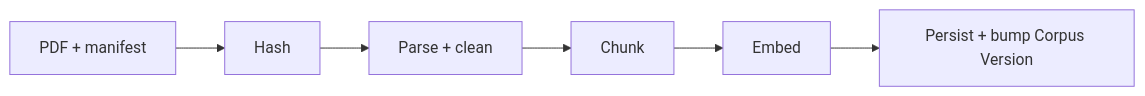
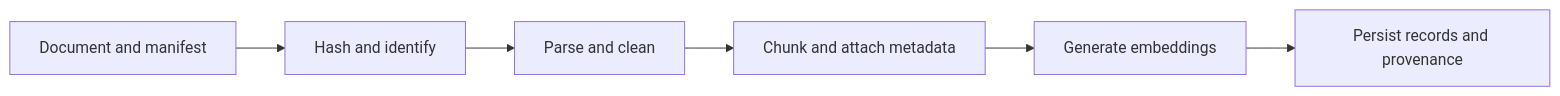
The second of 3 diagrams in README.md (adrinjoseph/Advanced-RAG), drawn with Mermaid before and after one commit. The commit also changed other lines of this file, not shown here.

````diff
--- a/README.md
+++ b/README.md
@@ -60,4 +64,8 @@
 ```mermaid
 flowchart LR
-  A["PDF + manifest"] --> B["Hash"] --> C["Parse + clean"] --> D["Chunk"] --> E["Embed"] --> F["Persist + bump Corpus Version"]
+    A["Document and manifest"] --> B["Hash and identify"]
+    B --> C["Parse and clean"]
+    C --> D["Chunk and attach metadata"]
+    D --> E["Generate embeddings"]
+    E --> F["Persist records and provenance"]
 ```
````
